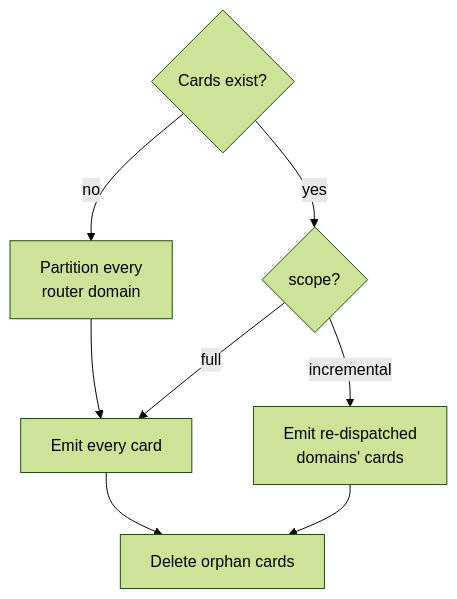
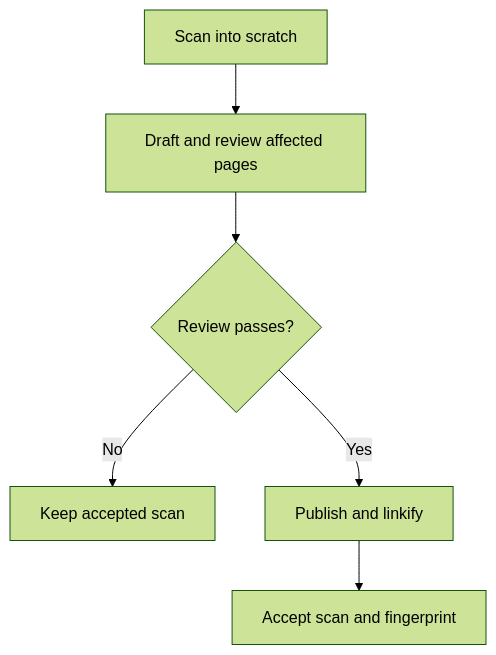
One commit to damusix/atomic-claude changed the first of 3 diagrams in docs/wiki/signals.md. Above: the diagram before and after it, drawn with Mermaid (forest theme). The commit also changed other lines of this file and 203 other files, not shown here.

````diff
--- a/docs/wiki/signals.md
+++ b/docs/wiki/signals.md
@@ -95,11 +30,8 @@
 ```mermaid
 flowchart TD
-    %% source: context/skills/atomic-wiki/references/repo.md Step 7b
-    C{"Cards exist?"} -->|no| P["Partition every<br/>router domain"]
-    P --> A["Emit every card"]
-    C -->|yes| S{"scope?"}
-    S -->|full| A
-    S -->|incremental| R["Emit re-dispatched<br/>domains' cards"]
-    A --> D["Delete orphan cards"]
-    R --> D
+    S["Scan into scratch"] --> D["Draft and review affected pages"]
+    D --> R{"Review passes?"}
+    R -->|No| K["Keep accepted scan"]
+    R -->|Yes| P["Publish and linkify"]
+    P --> A["Accept scan and fingerprint"]
 ```
````
